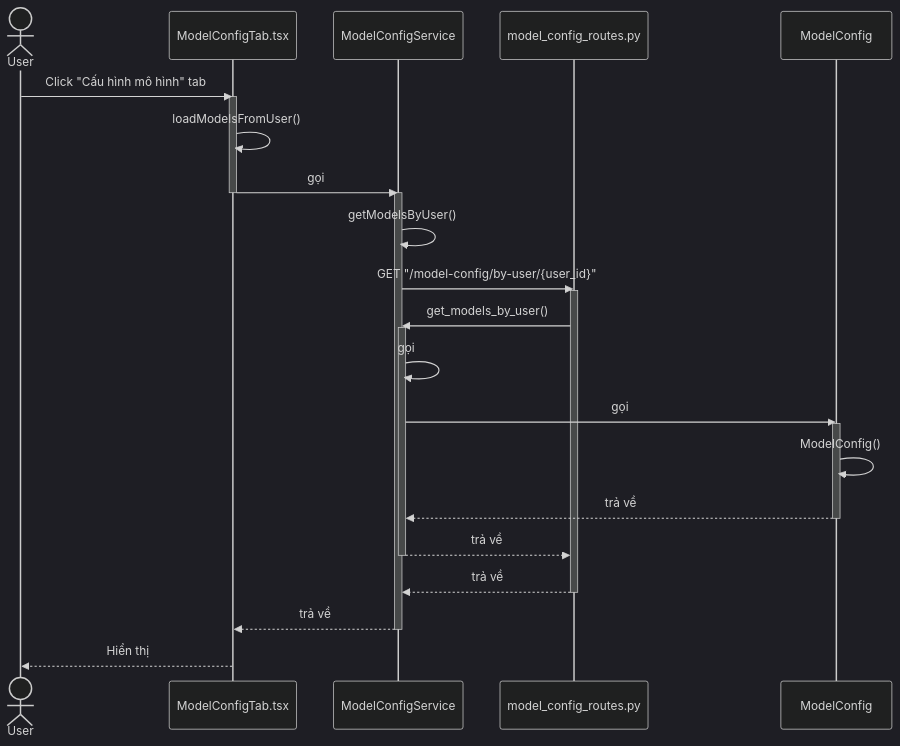
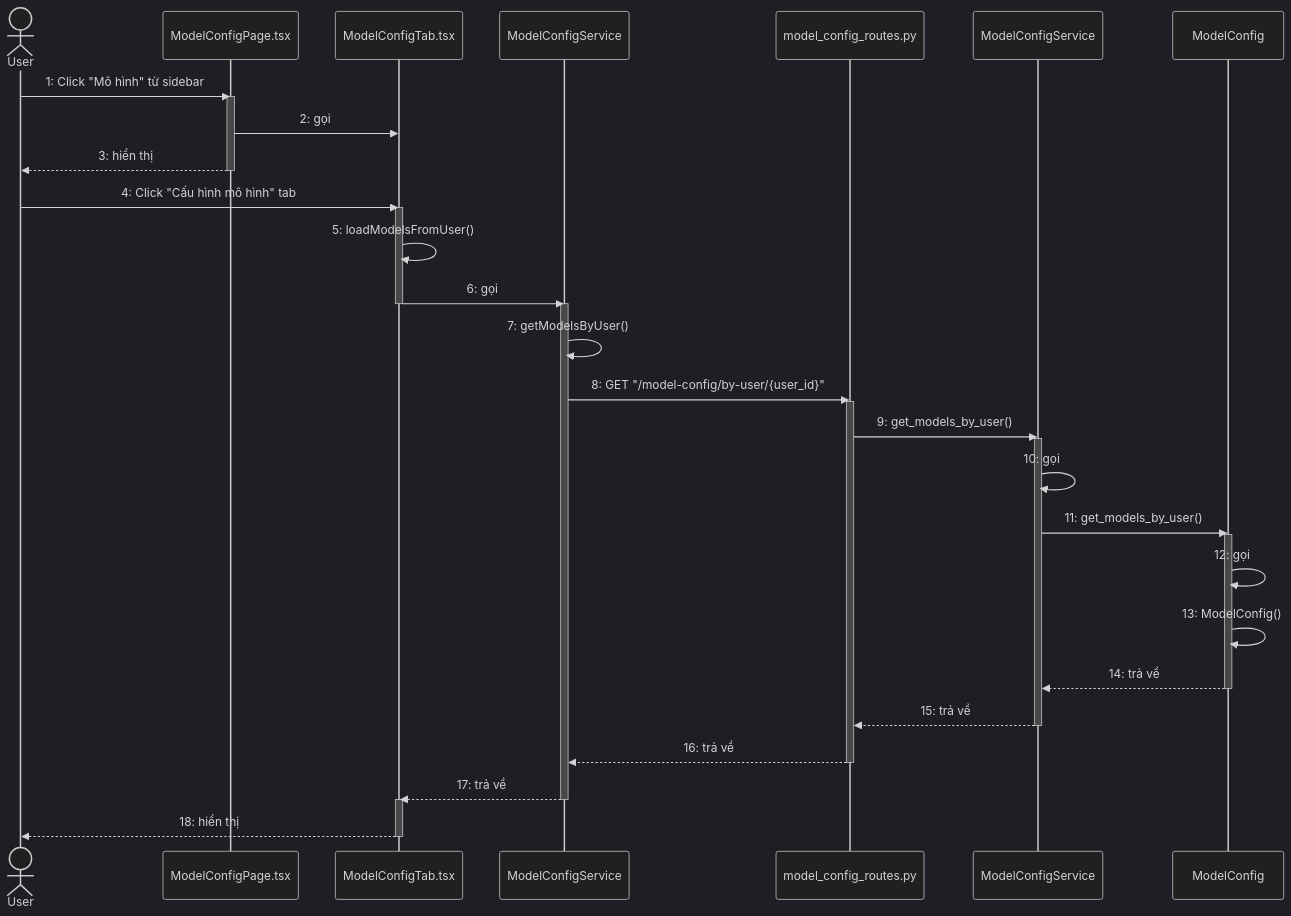
The first of 8 diagrams in model_config/4_model_config_seq.md (mduc-2610/gp_doc), drawn with Mermaid (dark theme) before and after one commit. The commit also changed other lines of this file and 16 other files, not shown here.

Commit message:
update model config

````diff
--- a/model_config/4_model_config_seq.md
+++ b/model_config/4_model_config_seq.md
@@ -5,43 +5,54 @@
 ```mermaid
 sequenceDiagram
     actor User
+    participant ModelConfigPage as ModelConfigPage.tsx
     participant ModelConfigTab as ModelConfigTab.tsx
     participant ModelConfigService as ModelConfigService
     participant ModelConfigRoutes as model_config_routes.py
-    participant ModelConfigService as ModelConfigService
+    participant ModelConfigServiceBackend as ModelConfigService
     participant ModelConfig as ModelConfig
 
-    User->>ModelConfigTab: Click "Cấu hình mô hình" tab
+    User->>ModelConfigPage: 1: Click "Mô hình" từ sidebar
+    activate ModelConfigPage
+    
+    ModelConfigPage->>ModelConfigTab: 2: gọi
+    ModelConfigPage-->>User: 3: hiển thị
+    deactivate ModelConfigPage
+    
+    User->>ModelConfigTab: 4: Click "Cấu hình mô hình" tab
     activate ModelConfigTab
     
-    ModelConfigTab->>ModelConfigTab: loadModelsFromUser()
-    ModelConfigTab->>ModelConfigService: gọi
+    ModelConfigTab->>ModelConfigTab: 5: loadModelsFromUser()
+    ModelConfigTab->>ModelConfigService: 6: gọi
     deactivate ModelConfigTab
     activate ModelConfigService
     
-    ModelConfigService->>ModelConfigService: getModelsByUser()
-    ModelConfigService->>ModelConfigRoutes: GET "/model-config/by-user/{user_id}"
+    ModelConfigService->>ModelConfigService: 7: getModelsByUser()
+    ModelConfigService->>ModelConfigRoutes: 8: GET "/model-config/by-user/{user_id}"
     activate ModelConfigRoutes
     
-    ModelConfigRoutes->>ModelConfigService: get_models_by_user()
-    activate ModelConfigService
+    ModelConfigRoutes->>ModelConfigServiceBackend: 9: get_models_by_user()
+    activate ModelConfigServiceBackend
     
-    ModelConfigService->>ModelConfigService: gọi
-    ModelConfigService->>ModelConfig: gọi
+    ModelConfigServiceBackend->>ModelConfigServiceBackend: 10: gọi
+    ModelConfigServiceBackend->>ModelConfig: 11: get_models_by_user()
     activate ModelConfig
     
-    ModelConfig->>ModelConfig: ModelConfig()
-    ModelConfig-->>ModelConfigService: trả về
+    ModelConfig->>ModelConfig: 12: gọi
+    ModelConfig->>ModelConfig: 13: ModelConfig()
+    ModelConfig-->>ModelConfigServiceBackend: 14: trả về
     deactivate ModelConfig
     
-    ModelConfigService-->>ModelConfigRoutes: trả về
+    ModelConfigServiceBackend-->>ModelConfigRoutes: 15: trả về
+    deactivate ModelConfigServiceBackend
+    
+    ModelConfigRoutes-->>ModelConfigService: 16: trả về
+    deactivate ModelConfigRoutes
+    
+    ModelConfigService-->>ModelConfigTab: 17: trả về
     deactivate ModelConfigService
     
-    ModelConfigRoutes-->>ModelConfigService: trả về
-    deactivate ModelConfigRoutes
-    
-    ModelConfigService-->>ModelConfigTab: trả về
-    deactivate ModelConfigService
-    
-    ModelConfigTab-->>User: Hiển thị
+    activate ModelConfigTab
+    ModelConfigTab-->>User: 18: hiển thị
+    deactivate ModelConfigTab
 ```
````
